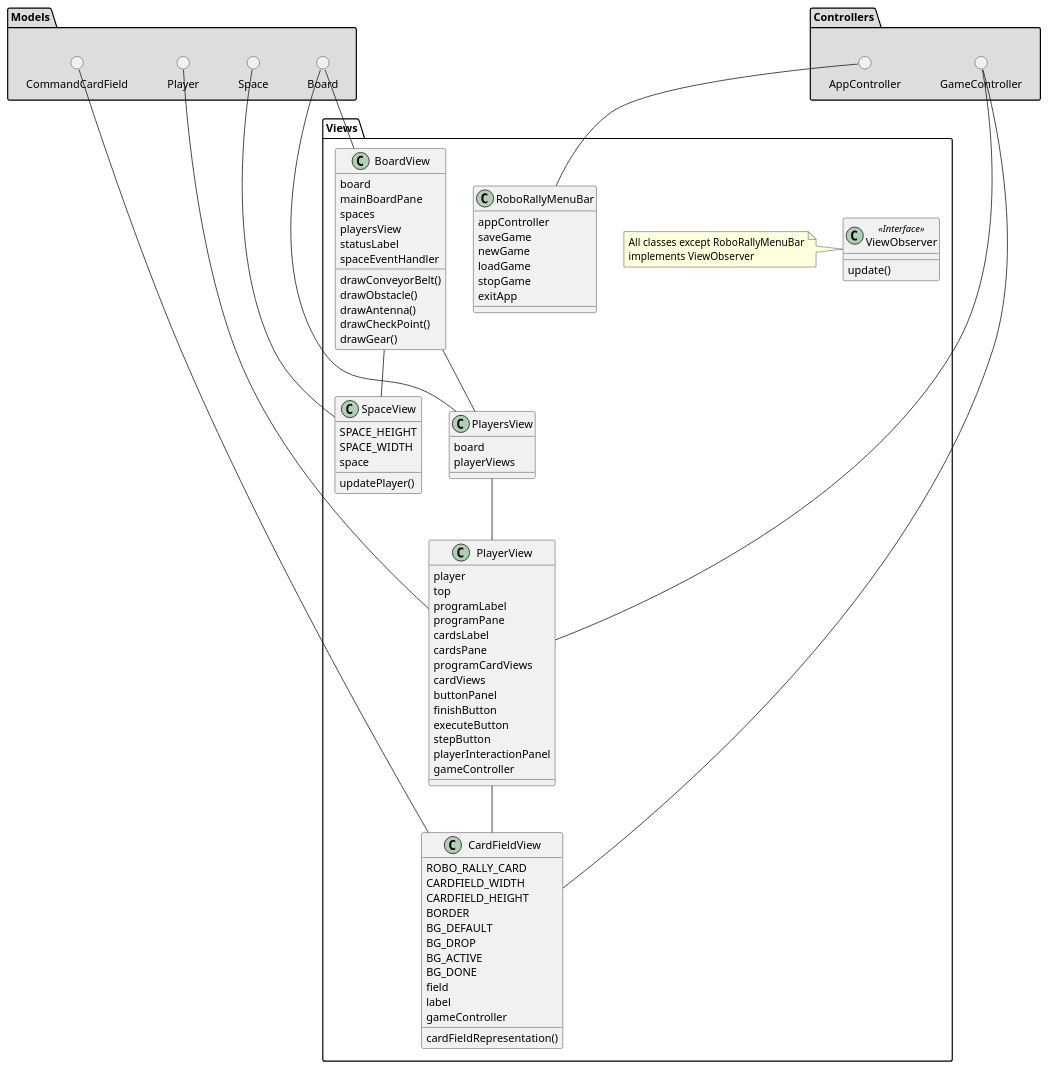
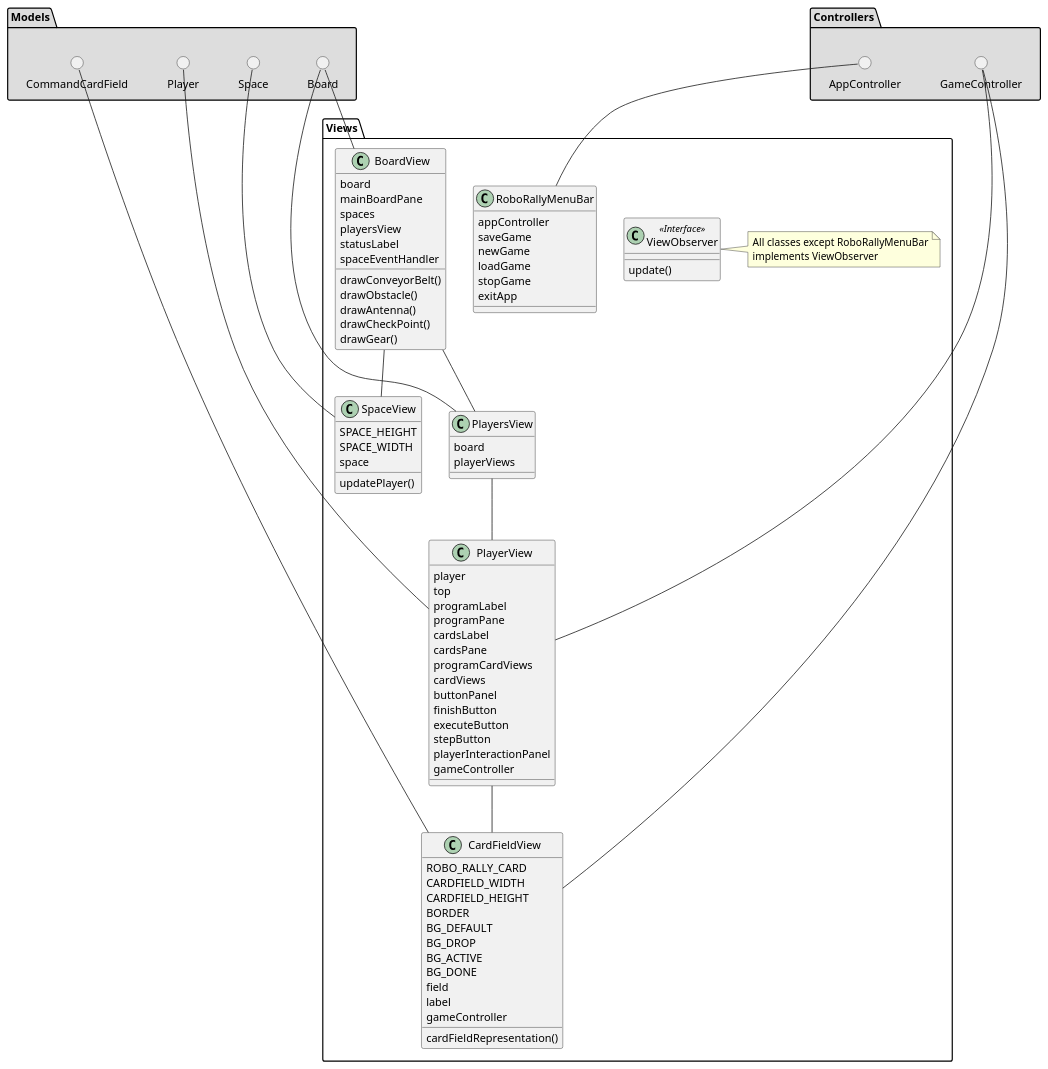
Before and after one commit to MarkBidstrup/RoboRally: the diagram in PlantUML/ViewClassDiagram.puml, drawn with PlantUML. The commit also changed 1 other file, not shown here.

Commit message:
minor changes in diagrams

```diff
--- a/PlantUML/ViewClassDiagram.puml
+++ b/PlantUML/ViewClassDiagram.puml
@@ -1,123 +1,123 @@
 @startuml
 'https://plantuml.com/class-diagram
 
 package Views {
 
     class BoardView{
         board
         mainBoardPane
         spaces
         playersView
         statusLabel
         spaceEventHandler
 
         drawConveyorBelt()
         drawObstacle()
         drawAntenna()
         drawCheckPoint()
         drawGear()
 
     }
 
     class CardFieldView {
         ROBO_RALLY_CARD
         CARDFIELD_WIDTH
         CARDFIELD_HEIGHT
         BORDER
         BG_DEFAULT
         BG_DROP
         BG_ACTIVE
         BG_DONE
         field
         label
         gameController
 
         cardFieldRepresentation()
     }
 
     class PlayersView {
         board
         playerViews
     }
 
     class PlayerView {
         player
         top
         programLabel
         programPane
         cardsLabel
         cardsPane
         programCardViews
         cardViews
         buttonPanel
         finishButton
         executeButton
         stepButton
         playerInteractionPanel
         gameController
     }
 
     class RoboRallyMenuBar {
         appController
         saveGame
         newGame
         loadGame
         stopGame
         exitApp
     }
 
     class SpaceView {
         SPACE_HEIGHT
         SPACE_WIDTH
         space
 
         updatePlayer()
     }
 
     class ViewObserver <<Interface>> {
        update()
     }
 
-note left of ViewObserver
+note right of ViewObserver
     All classes except RoboRallyMenuBar
     implements ViewObserver
 end note
 }
 
 package "Models" #DDDDDD {
 
     () Board
     () CommandCardField
     () Player
     () Space
 
 }
 
 package "Controllers" #DDDDDD {
 
     () GameController
     () AppController
 
 }
 
 'Views
 BoardView -- PlayersView
 BoardView -- SpaceView
 PlayersView -- PlayerView
 PlayerView -- CardFieldView
 
 'Models
 Board -- BoardView
 Board -- PlayersView
 CommandCardField -- CardFieldView
 Player -- PlayerView
 Space -- SpaceView
 
 'Controllers
 GameController -- CardFieldView
 GameController -- PlayerView
 AppController -- RoboRallyMenuBar
 
 
 
 @enduml
```
